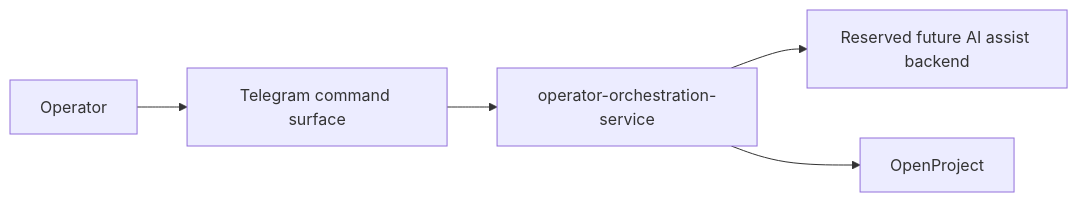
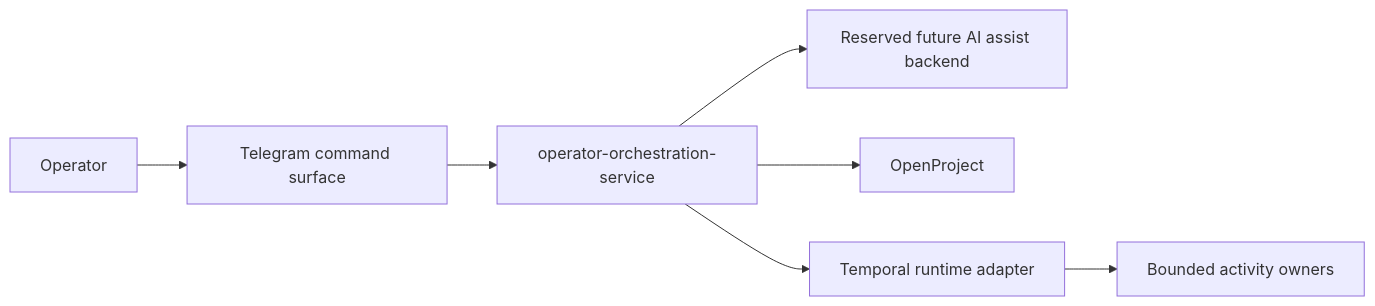
One commit to mfshaf7/operator-orchestration-service changed the diagram in docs/architecture/overview.md. Above: the diagram before and after it, drawn with Mermaid. The commit also changed other lines of this file and 70 other files, not shown here.

````diff
--- a/docs/architecture/overview.md
+++ b/docs/architecture/overview.md
@@ -11,12 +11,15 @@
 ```mermaid
 flowchart LR
     Operator[Operator]
     Telegram[Telegram command surface]
     Broker[operator-orchestration-service]
     AI[Reserved future AI assist backend]
     OP[OpenProject]
+    Temporal[Temporal runtime adapter]
+    Activities[Bounded activity owners]
 
     Operator --> Telegram --> Broker
     Broker --> AI
     Broker --> OP
+    Broker --> Temporal --> Activities
 ```
````
